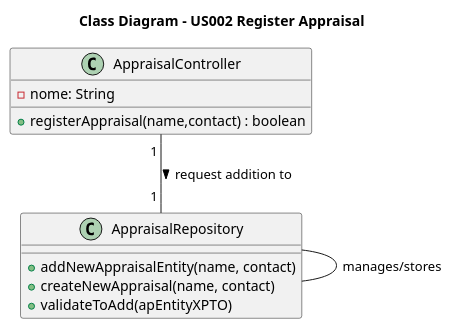
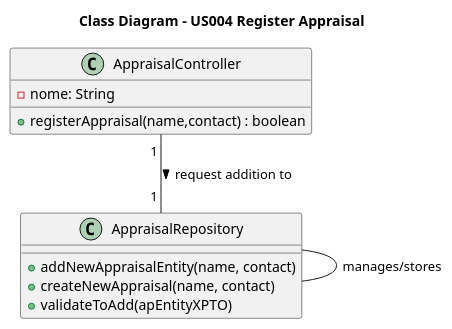
One commit to AndrePereiraGitH/SWitCH-Project-Team_A changed the diagram in Diagrams/ClassDiagrams/US004-to-register-an-appraisal-entity.puml. Above: the diagram before and after it, drawn with PlantUML. The commit also changed 4 other files, not shown here.

Commit message:
Working on (#66)(#67), create Sequence Diagram for USS005 and US003

```diff
--- a/Diagrams/ClassDiagrams/US004-to-register-an-appraisal-entity.puml
+++ b/Diagrams/ClassDiagrams/US004-to-register-an-appraisal-entity.puml
@@ -1,33 +1,33 @@
 @startuml
 
-title Class Diagram - US002 Register Appraisal
+title Class Diagram - US004 Register Appraisal
 
 ' Application Layer
 class AppraisalController {
   - nome: String
 
   + registerAppraisal(name,contact) : boolean
 }
 
 class AppraisalRepository {
   + addNewAppraisalEntity(name, contact)
   + createNewAppraisal(name, contact)
   + validateToAdd(apEntityXPTO)
 }
 
 /'
 Appraisal "1" -- "*" AppraisalRecord : performs
 AppraisalRecord "1" -- "1" Publication : evaluates
 AppraisalRecord "1" -- "1" Appraisal : appraiser
 
 Publication "1" -- "1" Genre
 Publication "1" -- "1" ListingType
 '/
 
 ' Interection
 
 AppraisalController "1 " -- "1 " AppraisalRepository : request addition to >
 
 AppraisalRepository -- AppraisalRepository : manages/stores
 
 @enduml
```
